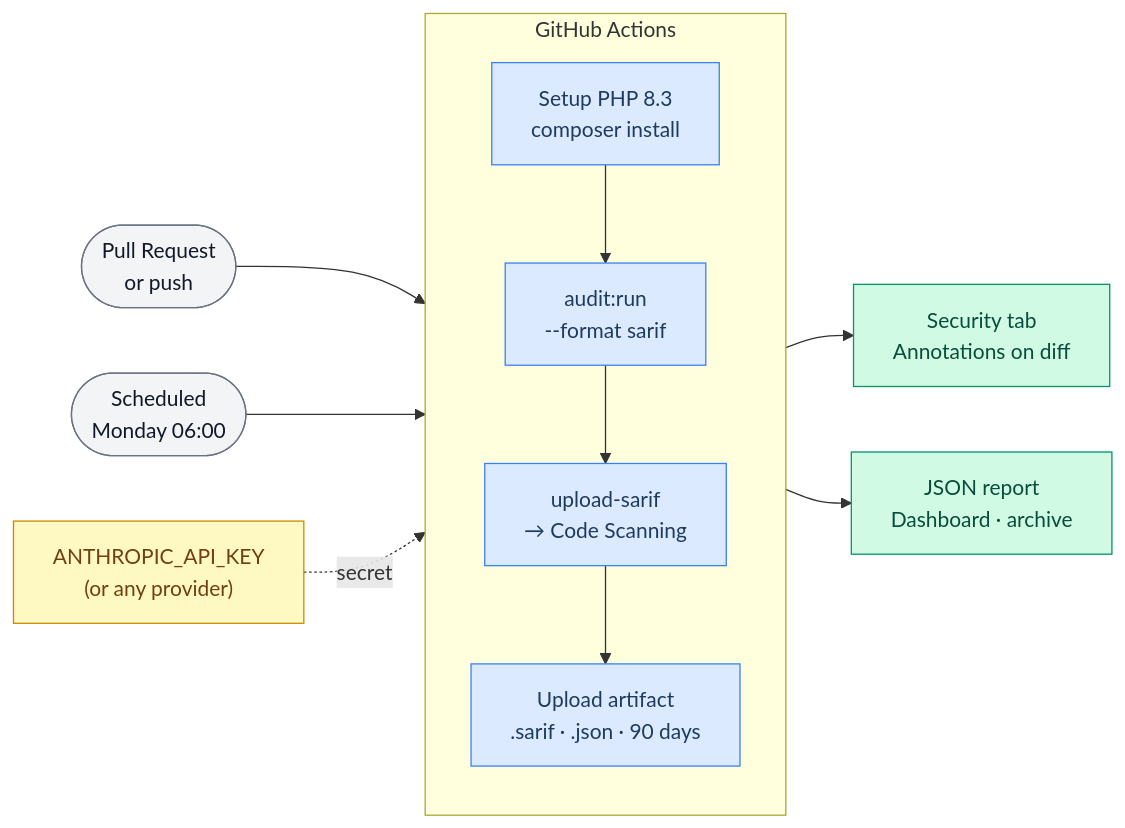
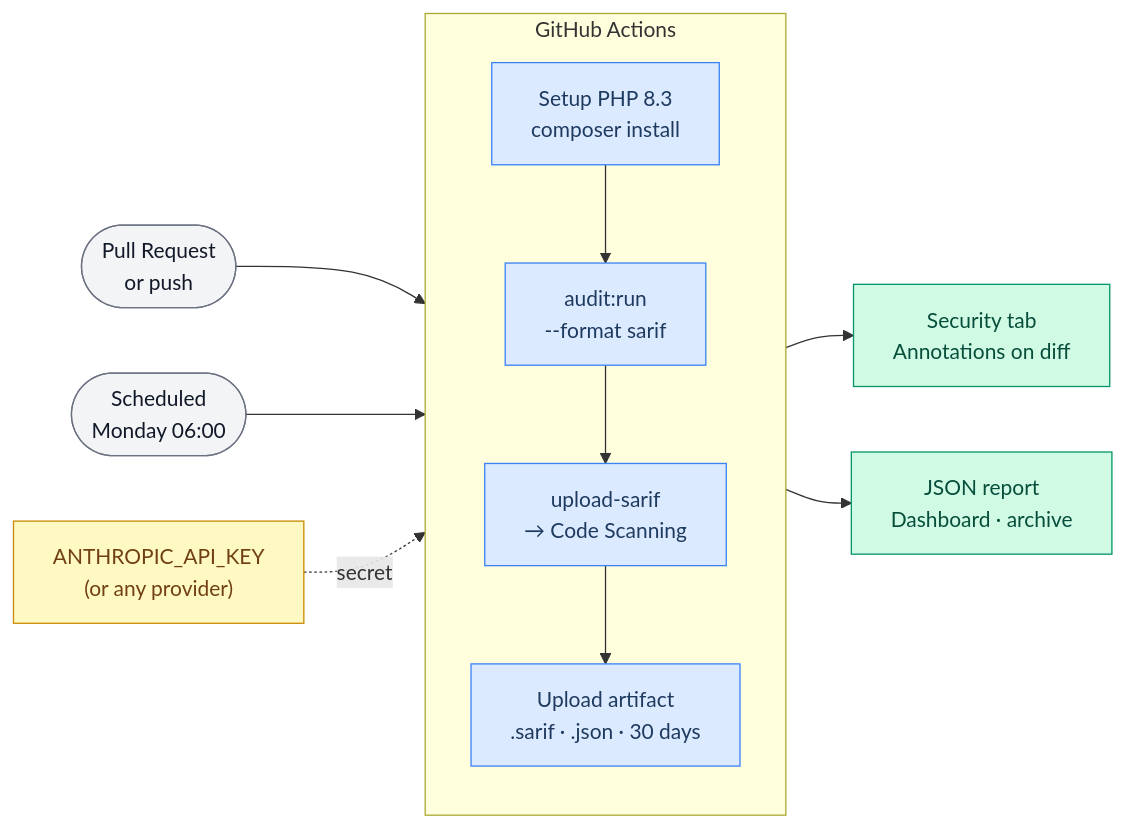
Before and after one commit to vinceAmstoutz/symfony-security-auditor: the first of 4 diagrams in docs/diagrams.md, drawn with Mermaid. The commit also changed other lines of this file, not shown here.

First line of the commit message:
docs: fix staleness in diagrams.md

````diff
--- a/docs/diagrams.md
+++ b/docs/diagrams.md
@@ -5,30 +5,30 @@
 ```mermaid
 %%{init: {'theme': 'default', 'themeVariables': {'background': 'transparent'}}}%%
 flowchart LR
     classDef trigger fill:#f3f4f6,stroke:#6b7280,color:#111827
     classDef step fill:#dbeafe,stroke:#3b82f6,color:#1e3a5f
     classDef output fill:#d1fae5,stroke:#059669,color:#064e3b
     classDef secret fill:#fef9c3,stroke:#ca8a04,color:#713f12
 
     PR(["Pull Request\nor push"]):::trigger
     SCHED(["Scheduled\nMonday 06:00"]):::trigger
 
     subgraph GHA["  GitHub Actions  "]
         direction TB
         PHP["Setup PHP 8.3\ncomposer install"]:::step
         AUDIT["audit:run\n--format sarif"]:::step
         UPLOAD["upload-sarif\n→ Code Scanning"]:::step
-        ARTIFACT["Upload artifact\n.sarif · .json · 90 days"]:::step
+        ARTIFACT["Upload artifact\n.sarif · .json · 30 days"]:::step
         PHP --> AUDIT --> UPLOAD --> ARTIFACT
     end
 
     KEY["ANTHROPIC_API_KEY\n(or any provider)"]:::secret
 
     SARIF["Security tab\nAnnotations on diff"]:::output
     JSON["JSON report\nDashboard · archive"]:::output
 
     PR & SCHED --> PHP
     KEY -.->|secret| AUDIT
     UPLOAD --> SARIF
     ARTIFACT --> JSON
 ```
````
